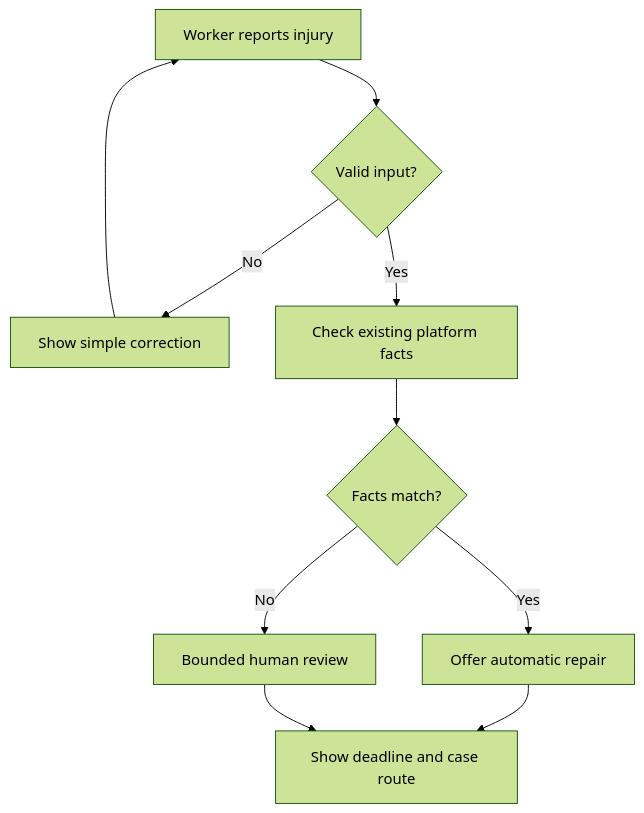
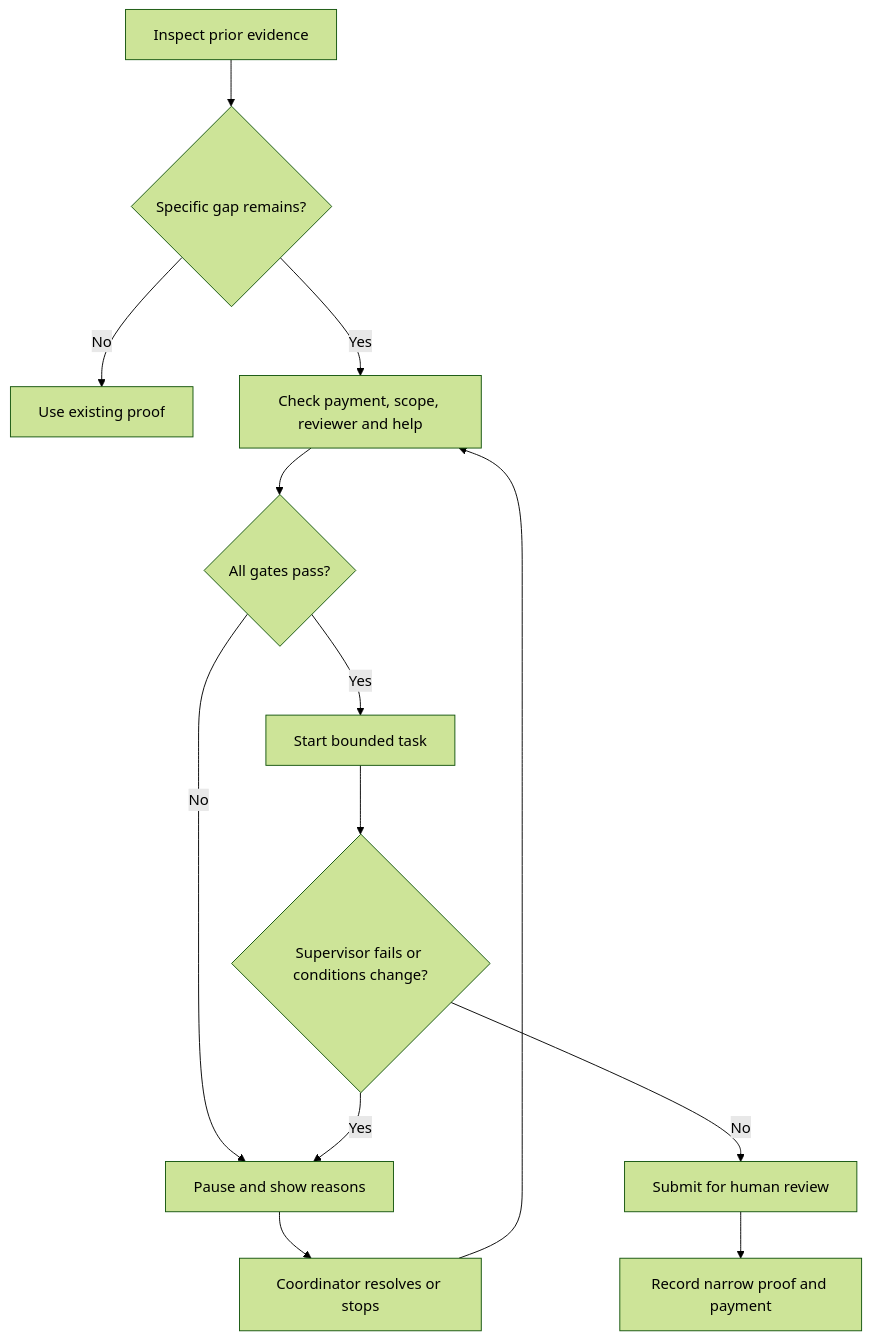
Before and after one commit to mfespinosa21/REPARA: the first of 2 diagrams in docs/PACKET.md, drawn with Mermaid (forest theme). The commit also changed other lines of this file and 37 other files, not shown here.

````diff
--- a/docs/PACKET.md
+++ b/docs/PACKET.md
@@ -21,12 +16,15 @@
 ```mermaid
 flowchart TD
-    A[Worker reports injury] --> B{Valid input?}
-    B -- No --> C[Show simple correction]
-    C --> A
-    B -- Yes --> D[Check existing platform facts]
-    D --> E{Facts match?}
-    E -- Yes --> F[Offer automatic repair]
-    E -- No --> G[Bounded human review]
-    F --> H[Show deadline and case route]
-    G --> H
+ A[Inspect prior evidence] --> B{Specific gap remains?}
+ B -->|No| C[Use existing proof]
+ B -->|Yes| D[Check payment, scope, reviewer and help]
+ D --> E{All gates pass?}
+ E -->|No| F[Pause and show reasons]
+ E -->|Yes| G[Start bounded task]
+ G --> H{Supervisor fails or conditions change?}
+ H -->|Yes| F
+ F --> I[Coordinator resolves or stops]
+ I --> D
+ H -->|No| J[Submit for human review]
+ J --> K[Record narrow proof and payment]
 ```
````
